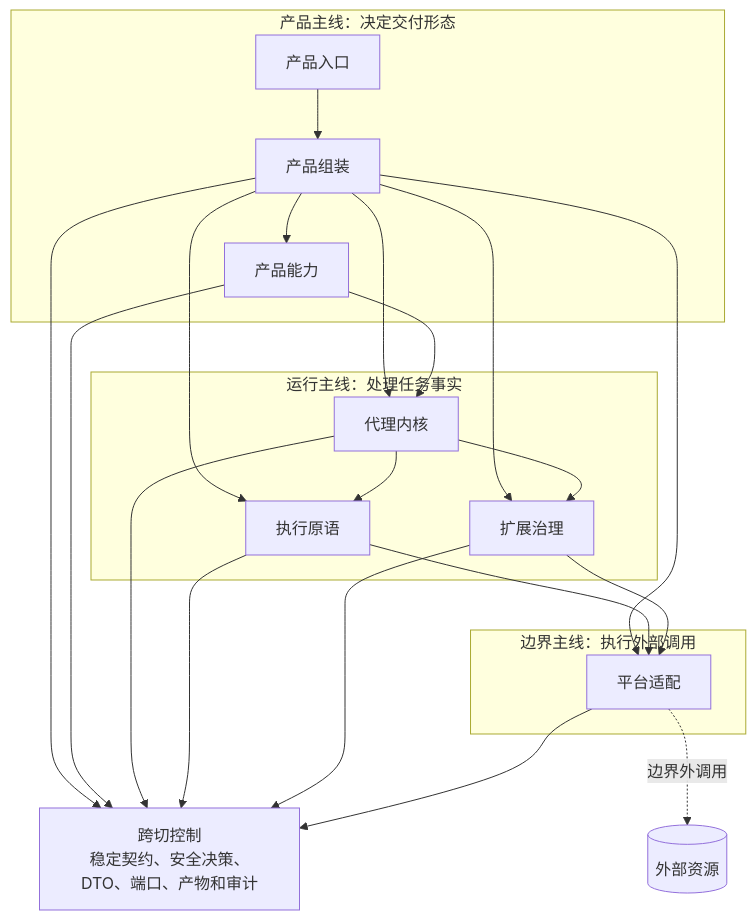
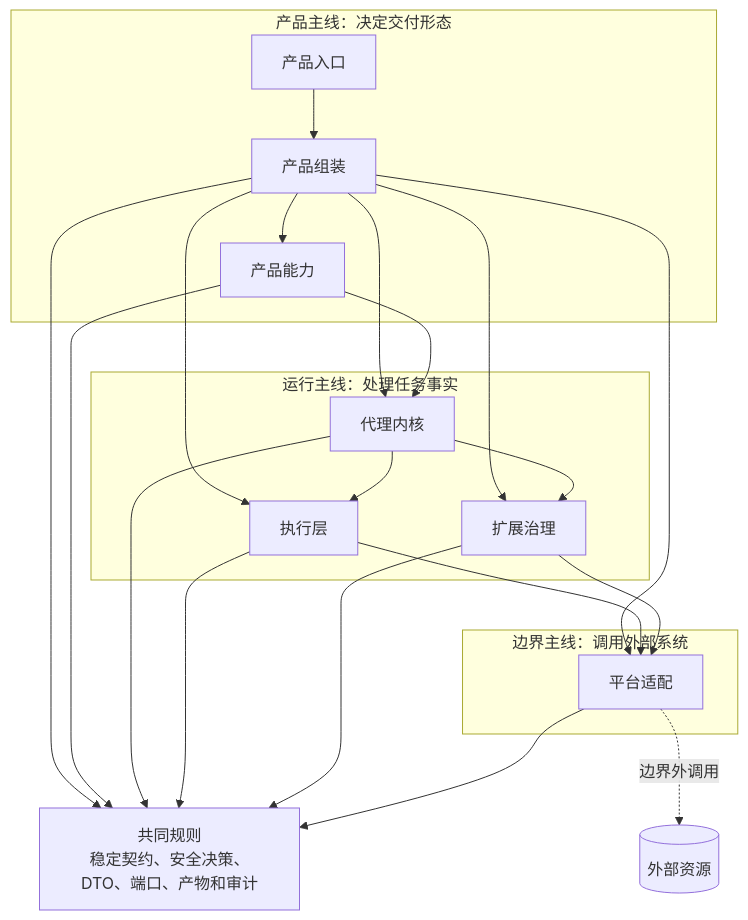
Before and after one commit to 1688mengdie/BitFun: the diagram in docs/architecture/product-architecture.md, drawn with Mermaid. The commit also changed other lines of this file, not shown here.

Commit message:
docs(architecture): clarify product runtime architecture

````diff
--- a/docs/architecture/product-architecture.md
+++ b/docs/architecture/product-architecture.md
@@ -30,41 +30,41 @@
 ```mermaid
 flowchart TB
   subgraph Product["产品主线：决定交付形态"]
     Surface["产品入口"]
     Assembly["产品组装"]
     Capability["产品能力"]
   end
 
   subgraph Runtime["运行主线：处理任务事实"]
     Kernel["代理内核"]
-    Execution["执行原语"]
+    Execution["执行层"]
     Extension["扩展治理"]
   end
 
-  Guard["跨切控制\n稳定契约、安全决策、DTO、端口、产物和审计"]
+  Guard["共同规则\n稳定契约、安全决策、DTO、端口、产物和审计"]
 
-  subgraph Boundary["边界主线：执行外部调用"]
+  subgraph Boundary["边界主线：调用外部系统"]
     Adapter["平台适配"]
   end
 
   External[("外部资源")]
 
   Surface --> Assembly
   Assembly --> Capability
   Assembly --> Kernel
   Assembly --> Execution
   Assembly --> Extension
   Assembly --> Adapter
   Capability --> Kernel
   Kernel --> Execution
   Kernel --> Extension
   Execution --> Adapter
   Extension --> Adapter
   Assembly --> Guard
   Capability --> Guard
   Kernel --> Guard
   Execution --> Guard
   Extension --> Guard
   Adapter --> Guard
   Adapter -. "边界外调用" .-> External
 ```
````
